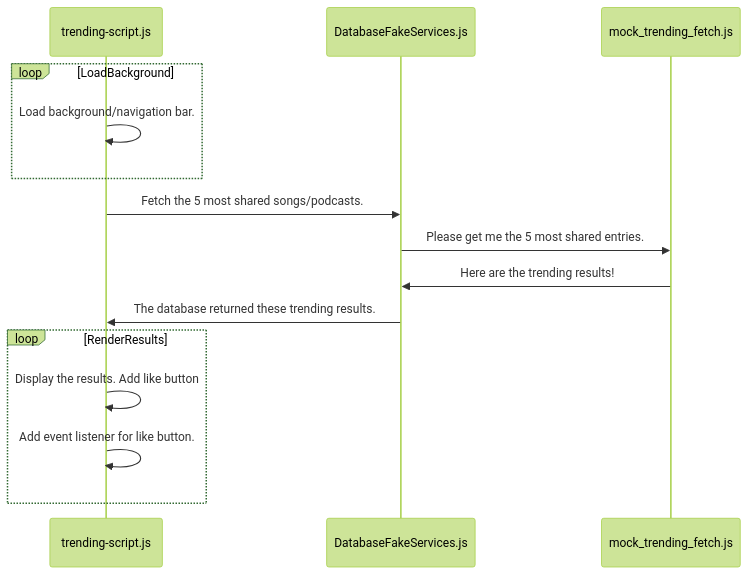
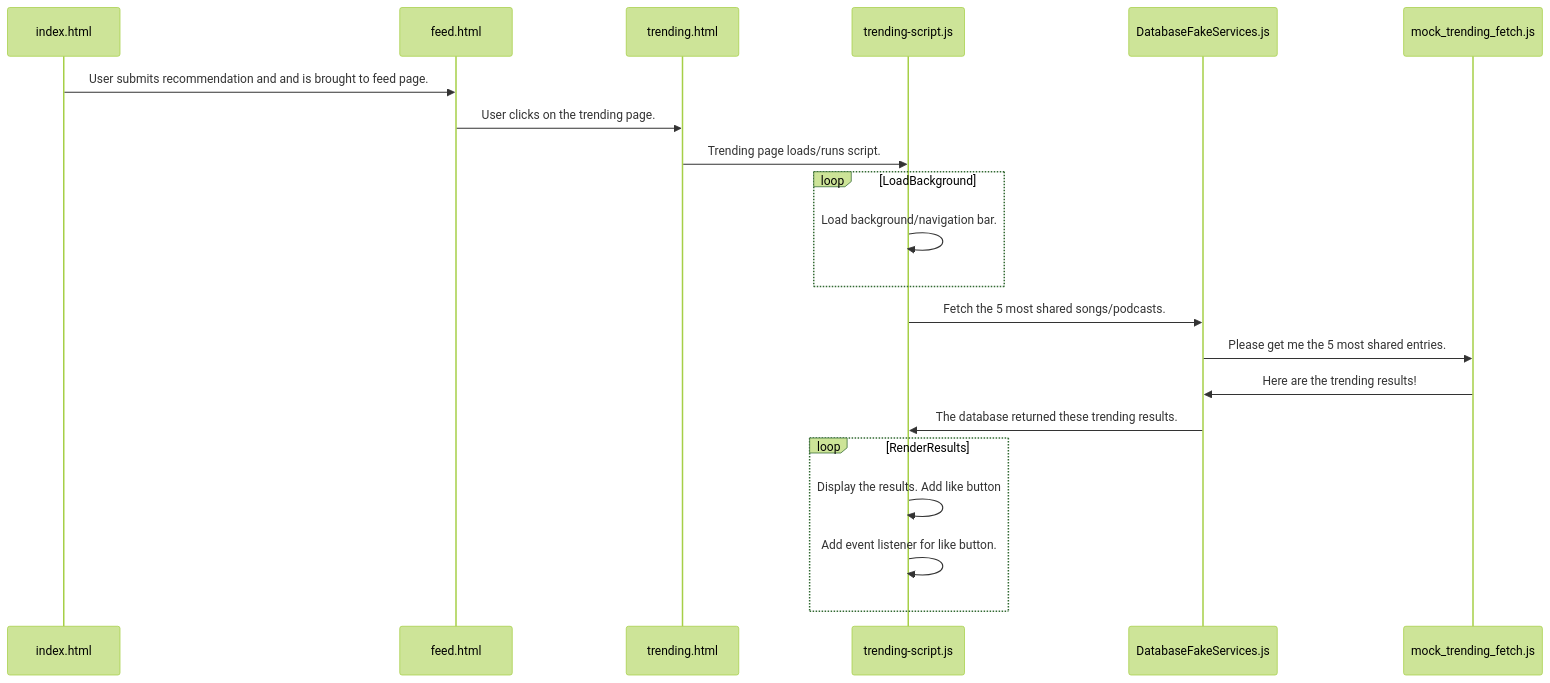
One commit to lucyzhang04/326Project changed the diagram in team/m3/lucy-zhang/feature-sequence-diagram.md. Above: the diagram before and after it, drawn with Mermaid (forest theme).

````diff
--- a/team/m3/lucy-zhang/feature-sequence-diagram.md
+++ b/team/m3/lucy-zhang/feature-sequence-diagram.md
@@ -1,16 +1,19 @@
 ```mermaid
 sequenceDiagram
 
+  index.html->>feed.html: User submits recommendation and and is brought to feed page.
+  feed.html->>trending.html: User clicks on the trending page.
+  trending.html->>trending-script.js: Trending page loads/runs script. 
   loop LoadBackground
     trending-script.js->>trending-script.js: Load background/navigation bar.
   end
   trending-script.js->>DatabaseFakeServices.js: Fetch the 5 most shared songs/podcasts.
   DatabaseFakeServices.js->>mock_trending_fetch.js: Please get me the 5 most shared entries. 
   mock_trending_fetch.js->>DatabaseFakeServices.js: Here are the trending results!
   DatabaseFakeServices.js->>trending-script.js: The database returned these trending results. 
   loop RenderResults
     trending-script.js->>trending-script.js: Display the results. Add like button
     trending-script.js->>trending-script.js: Add event listener for like button. 
   end
 
 ```
````
